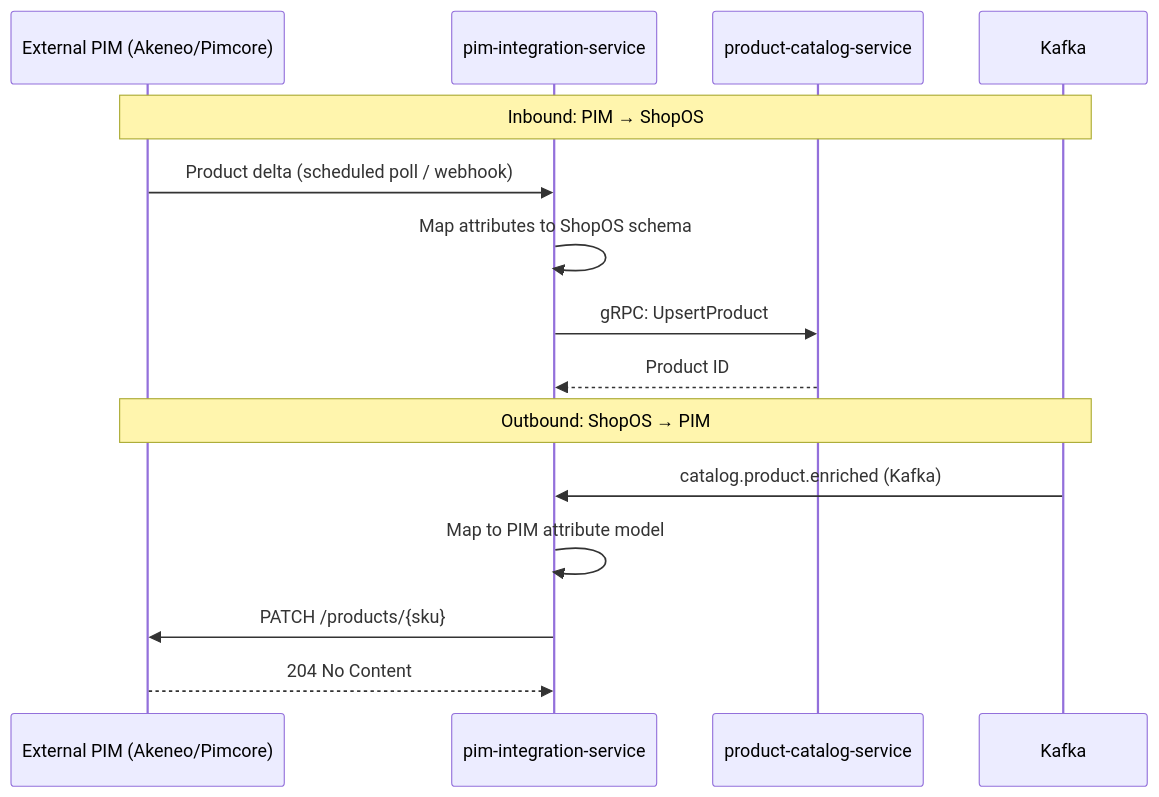
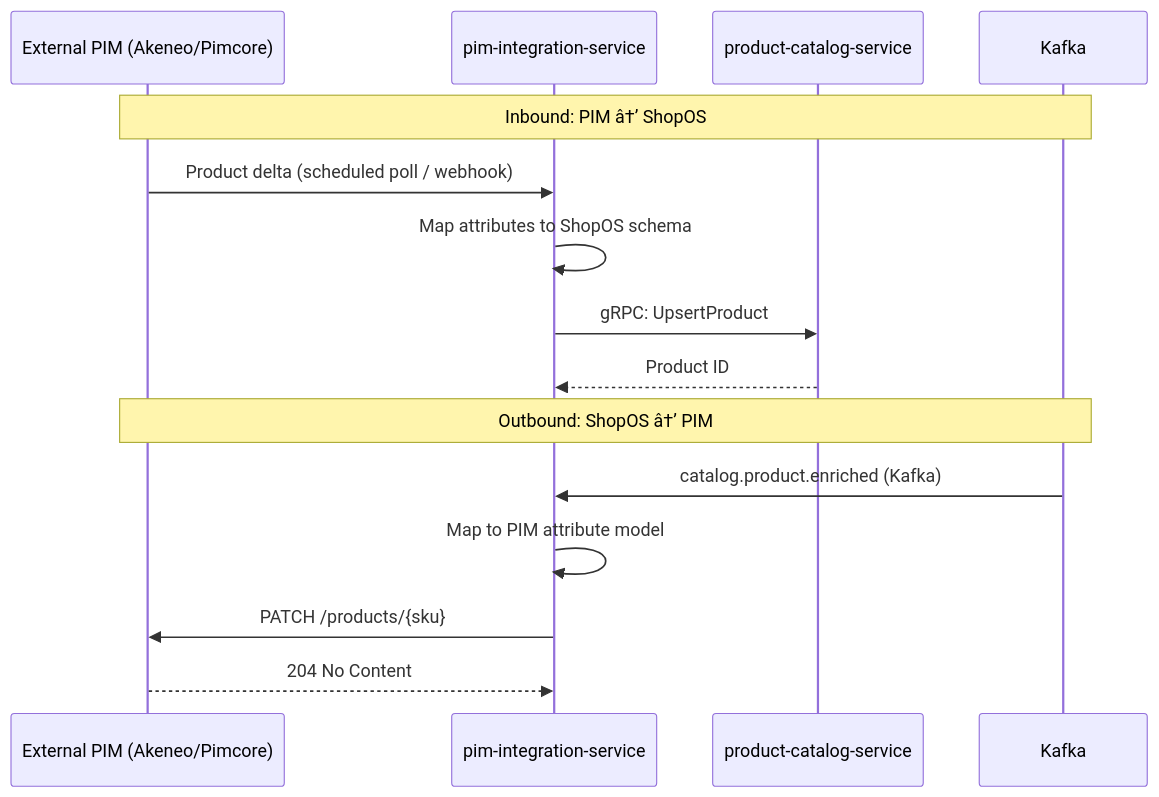
Before and after one commit to prabhat-roy/ShopOS: the diagram in src/integrations/pim-integration-service/README.md, drawn with Mermaid. The commit also changed other lines of this file and 403 other files, not shown here.

````diff
--- a/src/integrations/pim-integration-service/README.md
+++ b/src/integrations/pim-integration-service/README.md
@@ -11,19 +11,19 @@
 ```mermaid
 sequenceDiagram
     participant PIM as External PIM (Akeneo/Pimcore)
     participant INT as pim-integration-service
     participant CAT as product-catalog-service
     participant K as Kafka
 
-    Note over PIM,K: Inbound: PIM → ShopOS
+    Note over PIM,K: Inbound: PIM â†’ ShopOS
     PIM->>INT: Product delta (scheduled poll / webhook)
     INT->>INT: Map attributes to ShopOS schema
     INT->>CAT: gRPC: UpsertProduct
     CAT-->>INT: Product ID
 
-    Note over PIM,K: Outbound: ShopOS → PIM
+    Note over PIM,K: Outbound: ShopOS â†’ PIM
     K->>INT: catalog.product.enriched (Kafka)
     INT->>INT: Map to PIM attribute model
     INT->>PIM: PATCH /products/{sku}
     PIM-->>INT: 204 No Content
 ```
````
